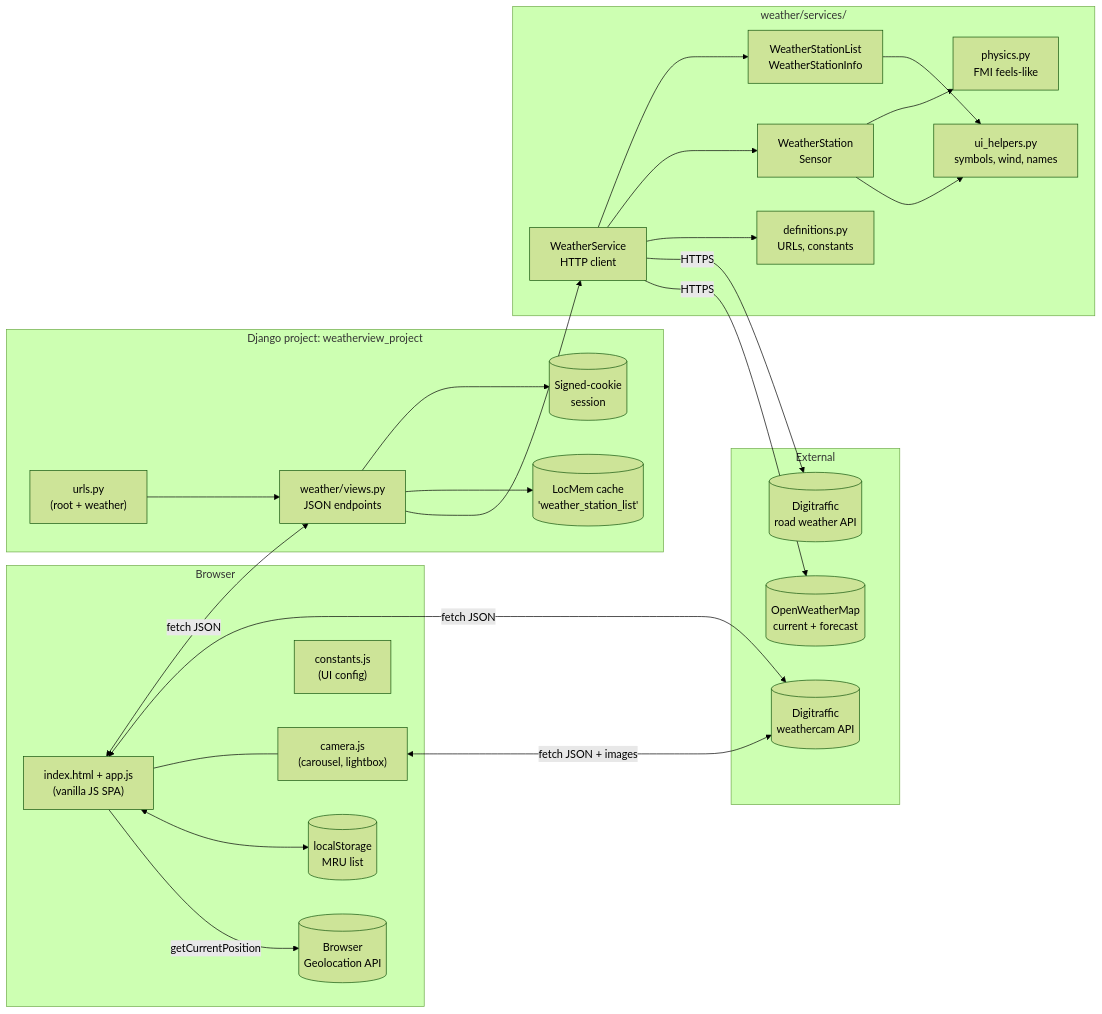
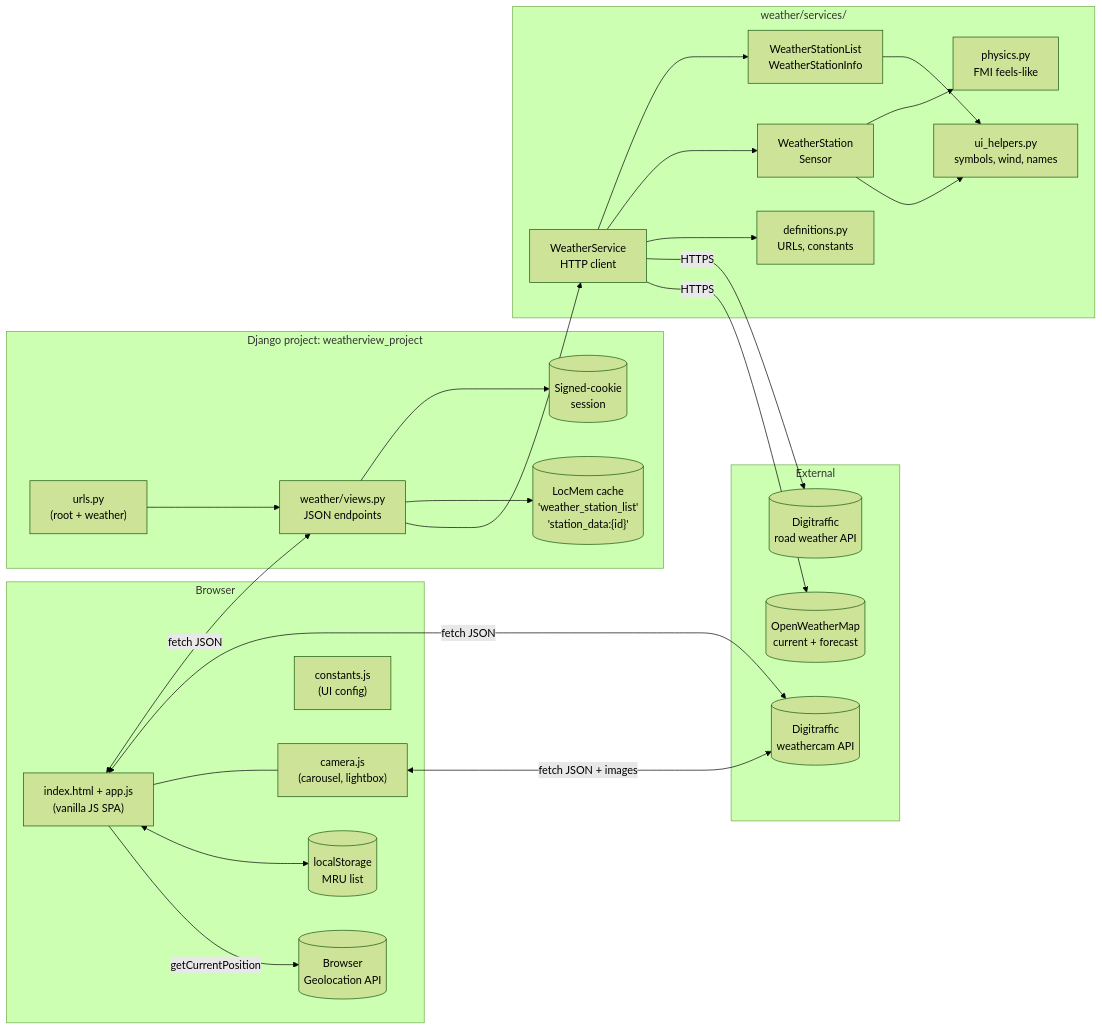
Before and after one commit to jjankkil/weatherview-django: the first of 9 diagrams in docs/ARCHITECTURE.md, drawn with Mermaid (forest theme). The commit also changed other lines of this file and 7 other files, not shown here.

````diff
--- a/docs/ARCHITECTURE.md
+++ b/docs/ARCHITECTURE.md
@@ -20,51 +20,51 @@
 ```mermaid
 flowchart LR
     subgraph Browser
         UI["index.html + app.js<br/>(vanilla JS SPA)"]
         CAM["camera.js<br/>(carousel, lightbox)"]
         CONST["constants.js<br/>(UI config)"]
         LS[("localStorage<br/>MRU list")]
         GEO[("Browser<br/>Geolocation API")]
     end
 
     subgraph Django["Django project: weatherview_project"]
         URLS["urls.py<br/>(root + weather)"]
         VIEWS["weather/views.py<br/>JSON endpoints"]
         SESSION[("Signed-cookie<br/>session")]
-        CACHE[("LocMem cache<br/>'weather_station_list'")]
+        CACHE[("LocMem cache<br/>'weather_station_list'<br/>'station_data:{id}'")]
     end
 
     subgraph Services["weather/services/"]
         WS["WeatherService<br/>HTTP client"]
         SL["WeatherStationList<br/>WeatherStationInfo"]
         WST["WeatherStation<br/>Sensor"]
         PHY["physics.py<br/>FMI feels-like"]
         UIH["ui_helpers.py<br/>symbols, wind, names"]
         DEF["definitions.py<br/>URLs, constants"]
     end
 
     subgraph External
         DT[("Digitraffic<br/>road weather API")]
         DTCam[("Digitraffic<br/>weathercam API")]
         OWM[("OpenWeatherMap<br/>current + forecast")]
     end
 
     UI <-->|fetch JSON| VIEWS
     UI <-->|fetch JSON| DTCam
     UI --- CAM
     CAM <-->|fetch JSON + images| DTCam
     UI <--> LS
     UI -->|getCurrentPosition| GEO
     URLS --> VIEWS
     VIEWS --> SESSION
     VIEWS --> CACHE
     VIEWS --> WS
     WS --> SL
     WS --> WST
     WST --> PHY
     WST --> UIH
     SL --> UIH
     WS --> DEF
     WS -->|HTTPS| DT
     WS -->|HTTPS| OWM
 ```
````
